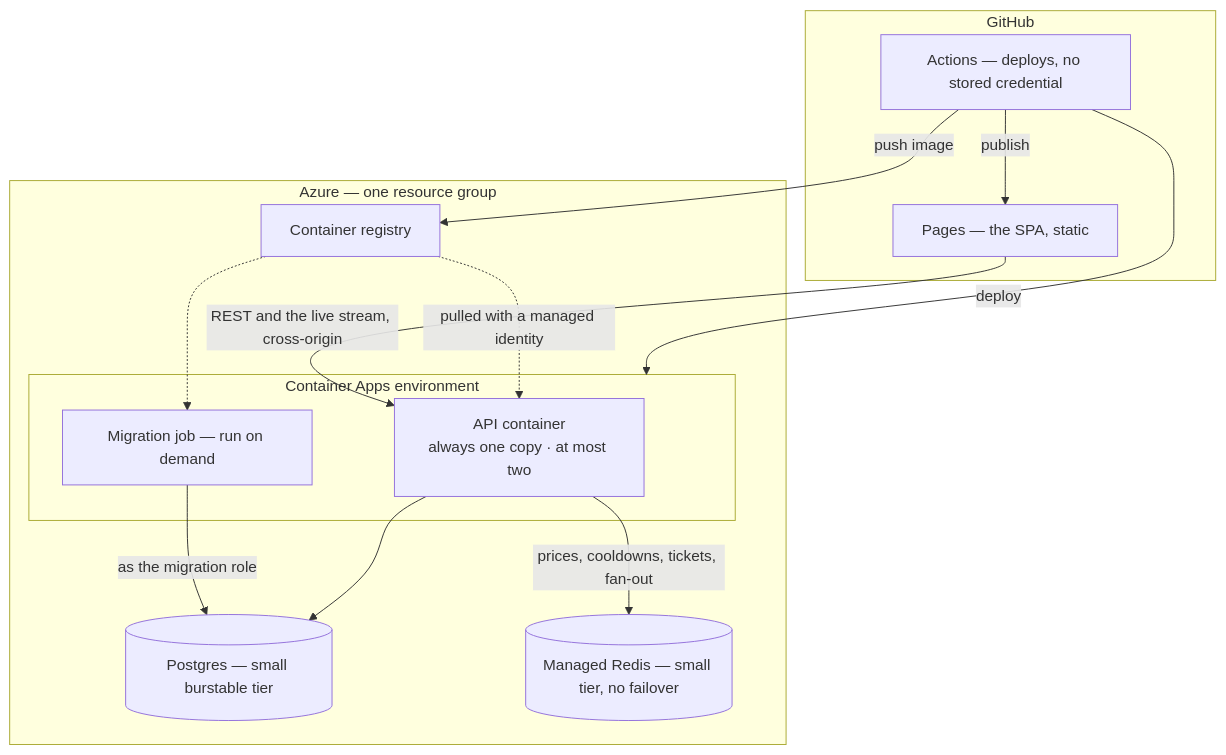
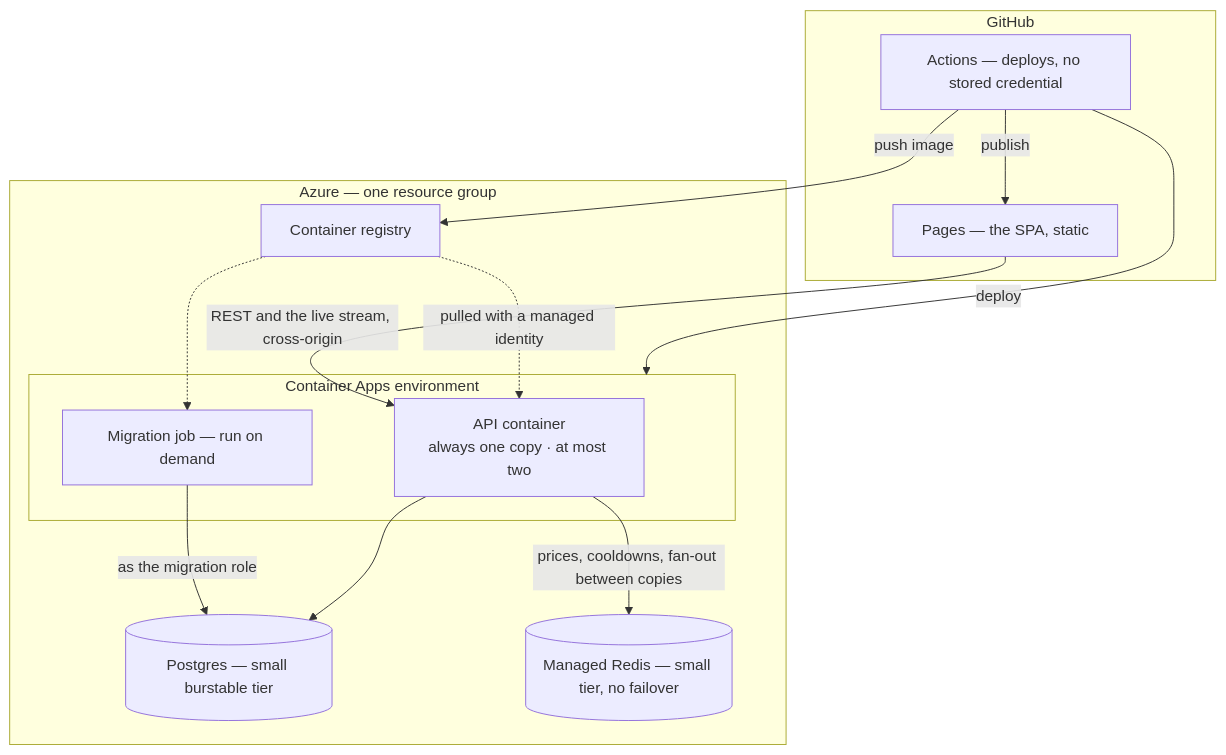
One commit to Dilicidum/StockPortfolio changed the fourth of 4 diagrams in docs/reference/module-interactions.md. Above: the diagram before and after it, drawn with Mermaid. The commit also changed other lines of this file and 529 other files, not shown here.

````diff
--- a/docs/reference/module-interactions.md
+++ b/docs/reference/module-interactions.md
@@ -203,27 +203,27 @@
 ```mermaid
 flowchart TB
     subgraph GH["GitHub"]
         Pages["Pages — the SPA, static"]
         GA["Actions — deploys, no stored credential"]
     end
 
     subgraph AZ["Azure — one resource group"]
         ACR["Container registry"]
         subgraph ENV["Container Apps environment"]
             API["API container<br/>always one copy · at most two"]
             JOB["Migration job — run on demand"]
         end
         PG[("Postgres — small burstable tier")]
         RD[("Managed Redis — small tier, no failover")]
     end
 
     Pages -->|"REST and the live stream, cross-origin"| API
     GA -->|push image| ACR
     GA -->|deploy| ENV
     GA -->|publish| Pages
     ACR -.->|"pulled with a managed identity"| API
     ACR -.-> JOB
     JOB -->|"as the migration role"| PG
     API --> PG
-    API -->|"prices, cooldowns, tickets, fan-out"| RD
+    API -->|"prices, cooldowns, fan-out between copies"| RD
 ```
````
